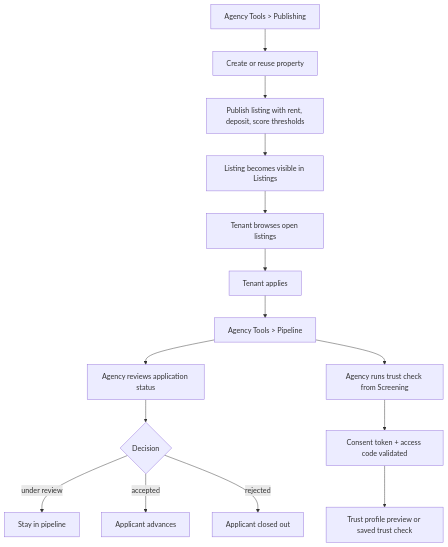
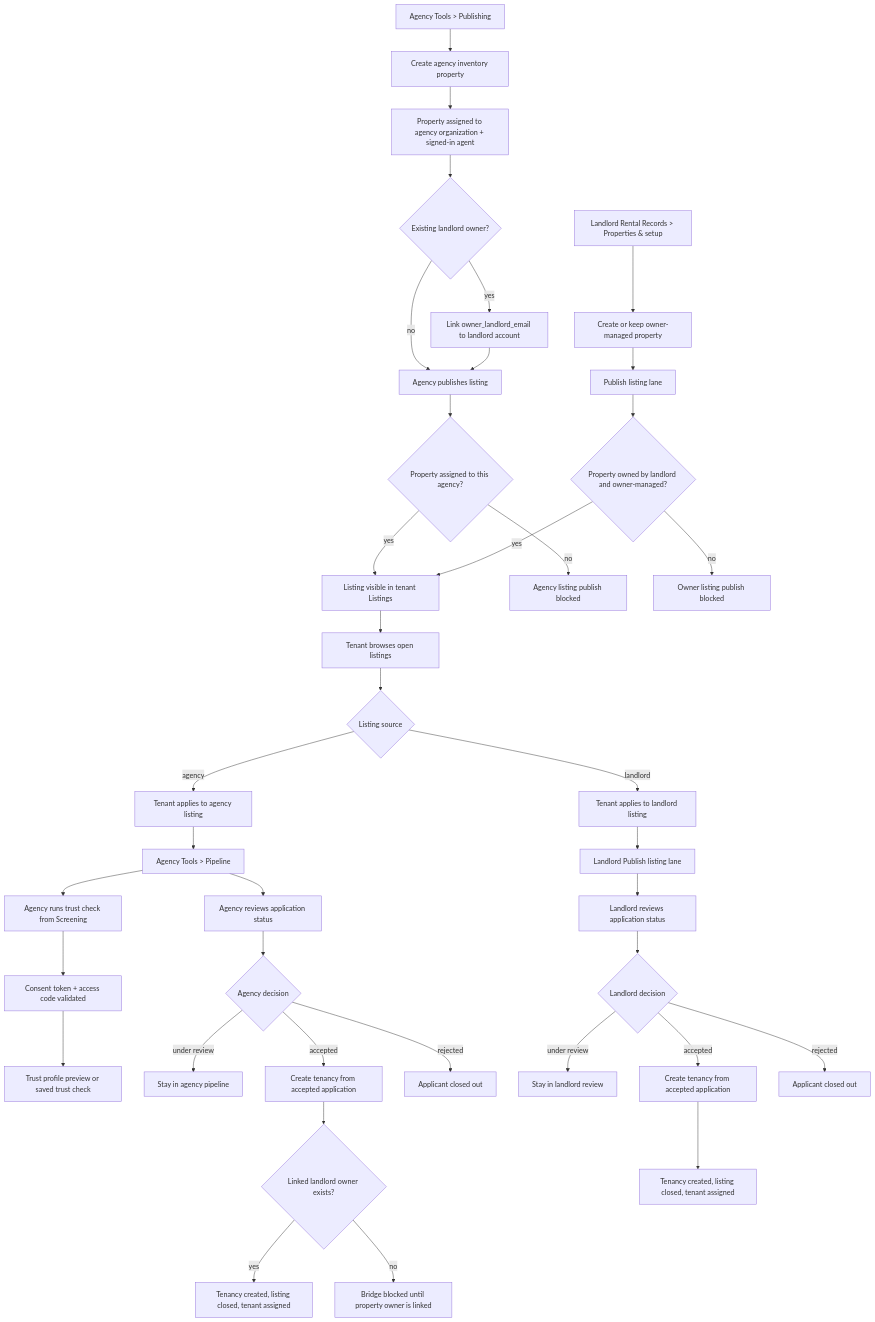
Before and after one commit to vtmarkop/real_estate_trust_ledger: the fourth of 11 diagrams in docs/WORKFLOW_DIAGRAMS.md, drawn with Mermaid. The commit also changed other lines of this file and 77 other files, not shown here.

````diff
--- a/docs/WORKFLOW_DIAGRAMS.md
+++ b/docs/WORKFLOW_DIAGRAMS.md
@@ -114,17 +129,42 @@
 ```mermaid
 flowchart TD
-    A["Agency Tools > Publishing"] --> B["Create or reuse property"]
-    B --> C["Publish listing with rent, deposit, score thresholds"]
-    C --> D["Listing becomes visible in Listings"]
+    A["Agency Tools > Publishing"] --> B["Create agency inventory property"]
+    B --> B1["Property assigned to agency organization + signed-in agent"]
+    B1 --> B2{"Existing landlord owner?"}
+    B2 -->|"yes"| B3["Link owner_landlord_email to landlord account"]
+    B2 -->|"no"| C["Agency publishes listing"]
+    B3 --> C
+    C --> C1{"Property assigned to this agency?"}
+    C1 -->|"yes"| D["Listing visible in tenant Listings"]
+    C1 -->|"no"| X["Agency listing publish blocked"]
+
+    LA["Landlord Rental Records > Properties & setup"] --> LB["Create or keep owner-managed property"]
+    LB --> LC["Publish listing lane"]
+    LC --> LD{"Property owned by landlord and owner-managed?"}
+    LD -->|"yes"| D
+    LD -->|"no"| LX["Owner listing publish blocked"]
+
     D --> E["Tenant browses open listings"]
-    E --> F["Tenant applies"]
+    E --> ES{"Listing source"}
+    ES -->|"agency"| F["Tenant applies to agency listing"]
+    ES -->|"landlord"| LF["Tenant applies to landlord listing"]
     F --> G["Agency Tools > Pipeline"]
+    LF --> LG["Landlord Publish listing lane"]
     G --> H["Agency reviews application status"]
+    LG --> LH["Landlord reviews application status"]
     G --> I["Agency runs trust check from Screening"]
     I --> J["Consent token + access code validated"]
     J --> K["Trust profile preview or saved trust check"]
-    H --> L{"Decision"}
-    L -->|"under review"| M["Stay in pipeline"]
-    L -->|"accepted"| N["Applicant advances"]
+    H --> L{"Agency decision"}
+    LH --> LL{"Landlord decision"}
+    L -->|"under review"| M["Stay in agency pipeline"]
+    L -->|"accepted"| N["Create tenancy from accepted application"]
     L -->|"rejected"| O["Applicant closed out"]
+    LL -->|"under review"| LM["Stay in landlord review"]
+    LL -->|"accepted"| LN["Create tenancy from accepted application"]
+    LL -->|"rejected"| LO["Applicant closed out"]
+    N --> N1{"Linked landlord owner exists?"}
+    N1 -->|"yes"| N2["Tenancy created, listing closed, tenant assigned"]
+    N1 -->|"no"| N3["Bridge blocked until property owner is linked"]
+    LN --> LN1["Tenancy created, listing closed, tenant assigned"]
 ```
````
